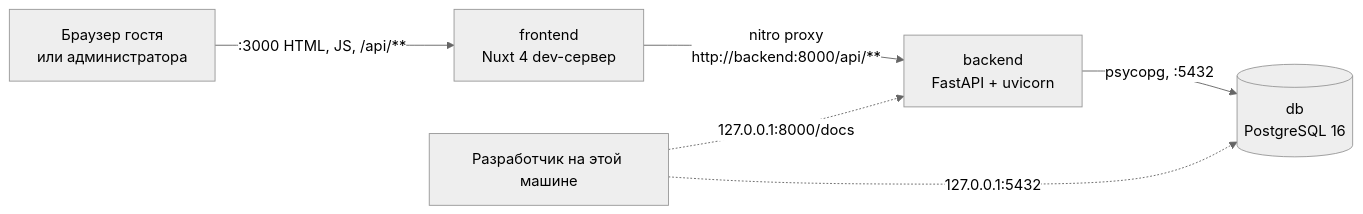
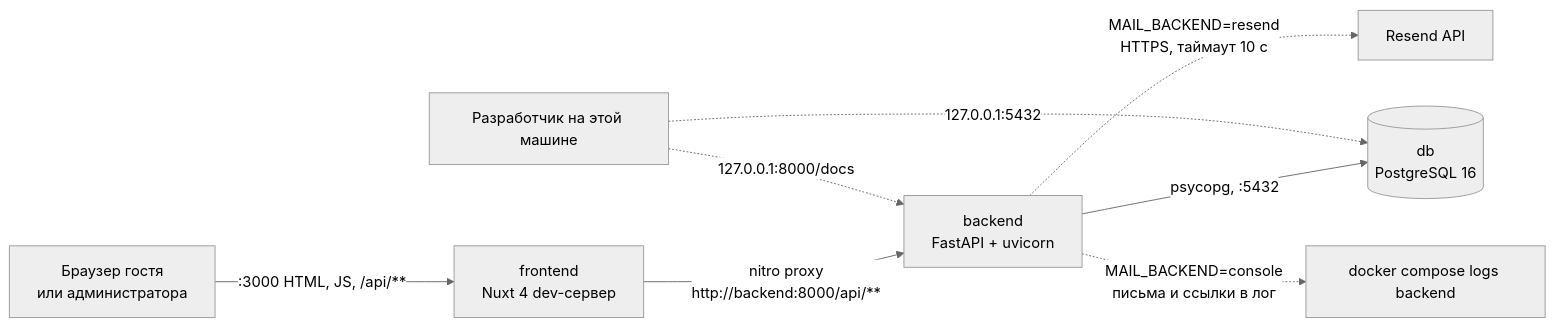
One commit to kirillrub108/web-hotel changed the first of 4 diagrams in docs/02-architecture.md. Above: the diagram before and after it, drawn with Mermaid (neutral theme). The commit also changed other lines of this file and 12 other files, not shown here.

````diff
--- a/docs/02-architecture.md
+++ b/docs/02-architecture.md
@@ -5,8 +5,10 @@
 ```mermaid
 graph LR
   B["Браузер гостя<br/>или администратора"] -->|":3000 HTML, JS, /api/**"| F["frontend<br/>Nuxt 4 dev-сервер"]
   F -->|"nitro proxy<br/>http://backend:8000/api/**"| A["backend<br/>FastAPI + uvicorn"]
   A -->|"psycopg, :5432"| D[("db<br/>PostgreSQL 16")]
+  A -.->|"MAIL_BACKEND=resend<br/>HTTPS, таймаут 10 с"| R["Resend API"]
+  A -.->|"MAIL_BACKEND=console<br/>письма и ссылки в лог"| L["docker compose logs backend"]
   H["Разработчик на этой машине"] -.->|"127.0.0.1:8000/docs"| A
   H -.->|"127.0.0.1:5432"| D
 ```
````
